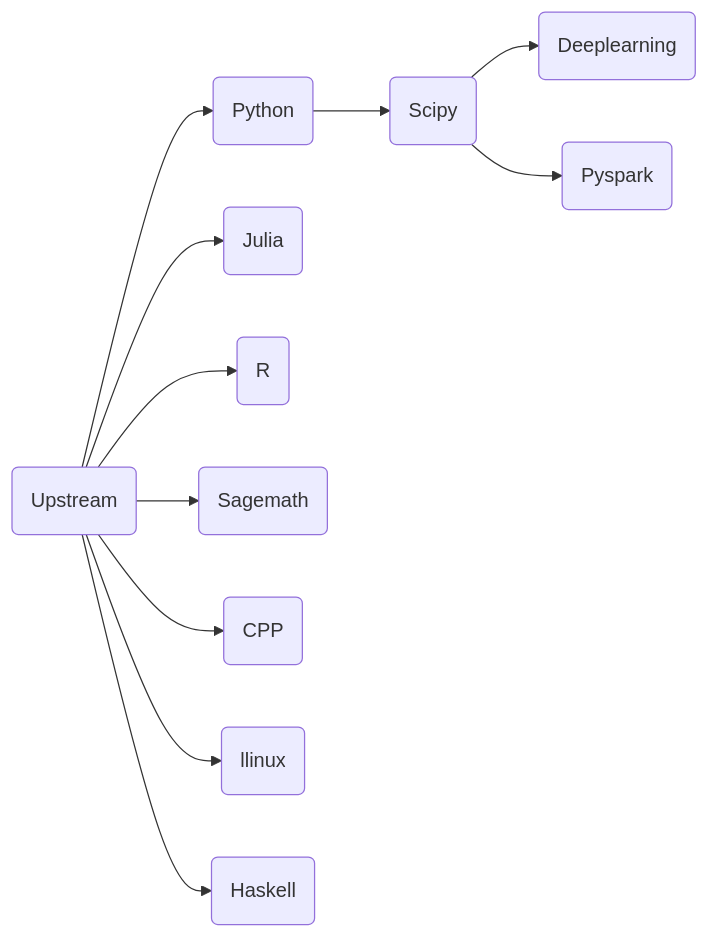
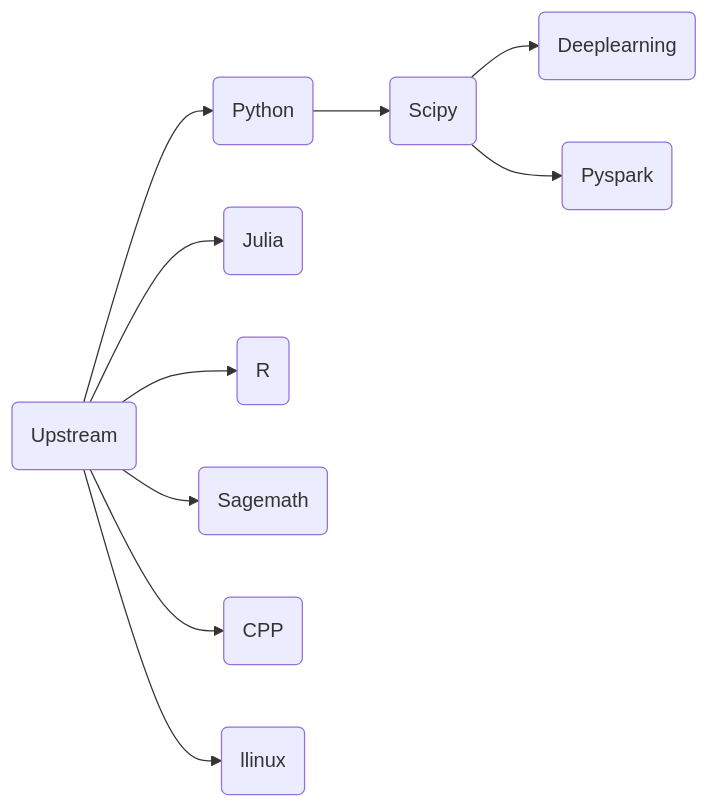
One commit to ben0i0d/jupyter-image-stacks changed the diagram in README.md. Above: the diagram before and after it, drawn with Mermaid. The commit also changed other lines of this file and 1 other file, not shown here.

````diff
--- a/README.md
+++ b/README.md
@@ -69,12 +69,11 @@
 ```mermaid
 graph LR
 A(Upstream)-->B(Python)-->C(Scipy)
 A-->F(Julia)
 A-->G(R)
 A-->H(Sagemath)
 A-->I(CPP)
 A-->J(llinux)
-A-->K(Haskell)
 C(Scipy)-->D(Deeplearning)  
 C(Scipy)-->E(Pyspark)  
 ```  
````
